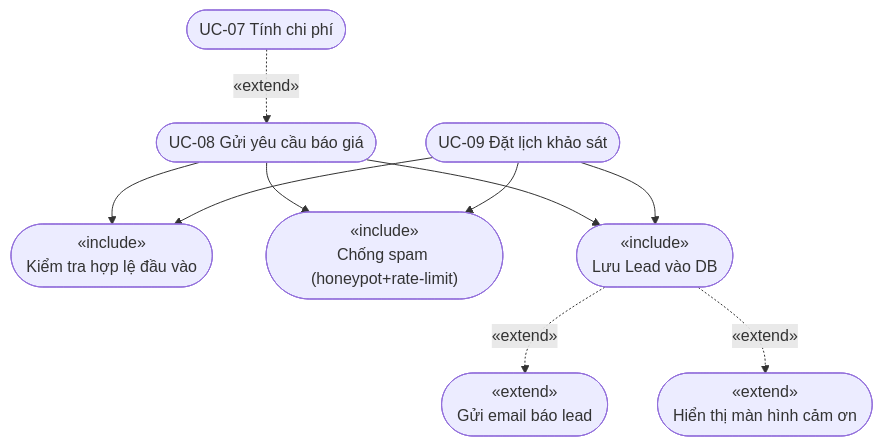
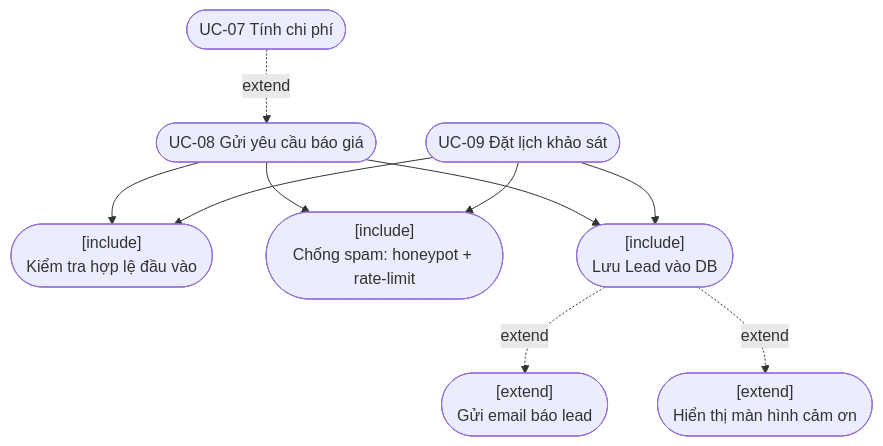
One commit to trinhvandat/wooden-floor changed the third of 3 diagrams in docs/superpowers/specs/2026-06-20-fukione-phase1-usecases.md. Above: the diagram before and after it, drawn with Mermaid. The commit also changed other lines of this file, not shown here.

````diff
--- a/docs/superpowers/specs/2026-06-20-fukione-phase1-usecases.md
+++ b/docs/superpowers/specs/2026-06-20-fukione-phase1-usecases.md
@@ -110,24 +110,24 @@
 ```mermaid
 flowchart TB
     UC07(["UC-07 Tính chi phí"])
     UC08(["UC-08 Gửi yêu cầu báo giá"])
     UC09(["UC-09 Đặt lịch khảo sát"])
 
-    INC_VAL(["«include»<br/>Kiểm tra hợp lệ đầu vào"])
-    INC_SPAM(["«include»<br/>Chống spam (honeypot+rate-limit)"])
-    INC_SAVE(["«include»<br/>Lưu Lead vào DB"])
-    EXT_MAIL(["«extend»<br/>Gửi email báo lead"])
-    EXT_THANKS(["«extend»<br/>Hiển thị màn hình cảm ơn"])
+    INC_VAL(["[include]<br/>Kiểm tra hợp lệ đầu vào"])
+    INC_SPAM(["[include]<br/>Chống spam: honeypot + rate-limit"])
+    INC_SAVE(["[include]<br/>Lưu Lead vào DB"])
+    EXT_MAIL(["[extend]<br/>Gửi email báo lead"])
+    EXT_THANKS(["[extend]<br/>Hiển thị màn hình cảm ơn"])
 
-    UC07 -. «extend» .-> UC08
+    UC07 -. extend .-> UC08
 
     UC08 --> INC_VAL
     UC08 --> INC_SPAM
     UC08 --> INC_SAVE
     UC09 --> INC_VAL
     UC09 --> INC_SPAM
     UC09 --> INC_SAVE
 
-    INC_SAVE -. «extend» .-> EXT_MAIL
-    INC_SAVE -. «extend» .-> EXT_THANKS
+    INC_SAVE -. extend .-> EXT_MAIL
+    INC_SAVE -. extend .-> EXT_THANKS
 ```
````
